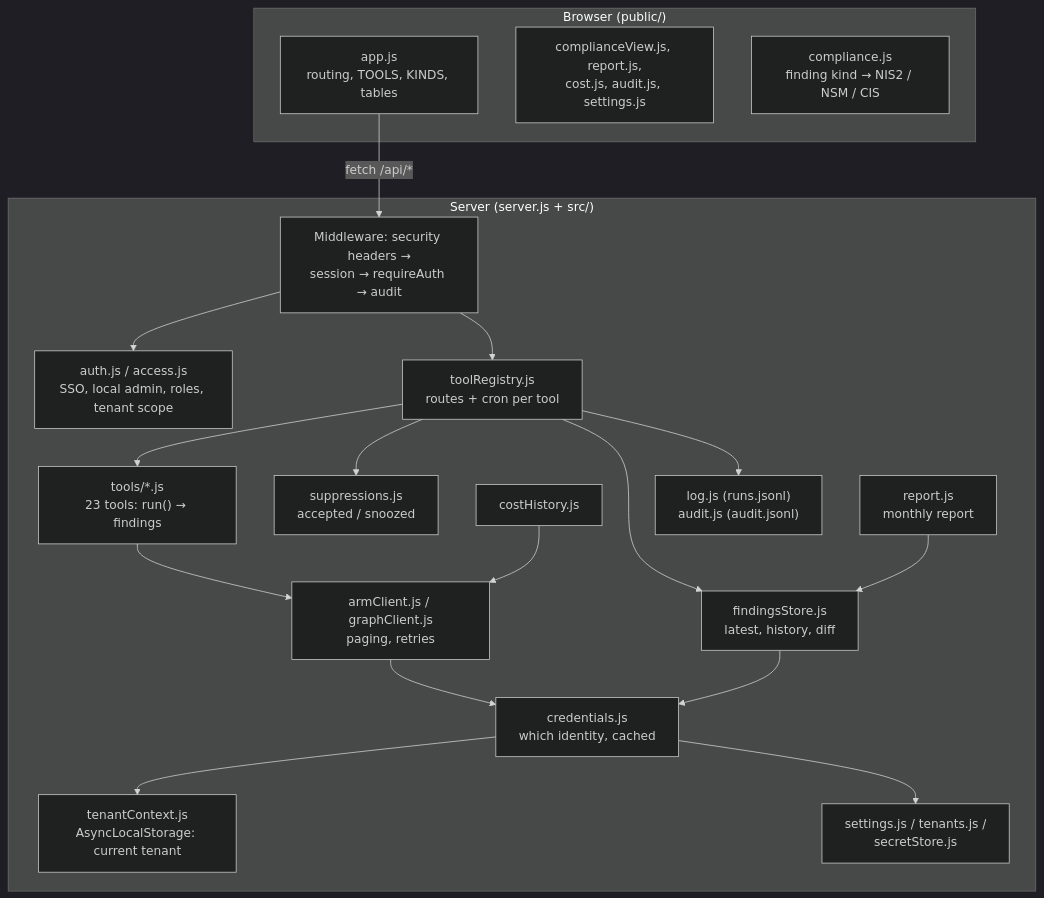
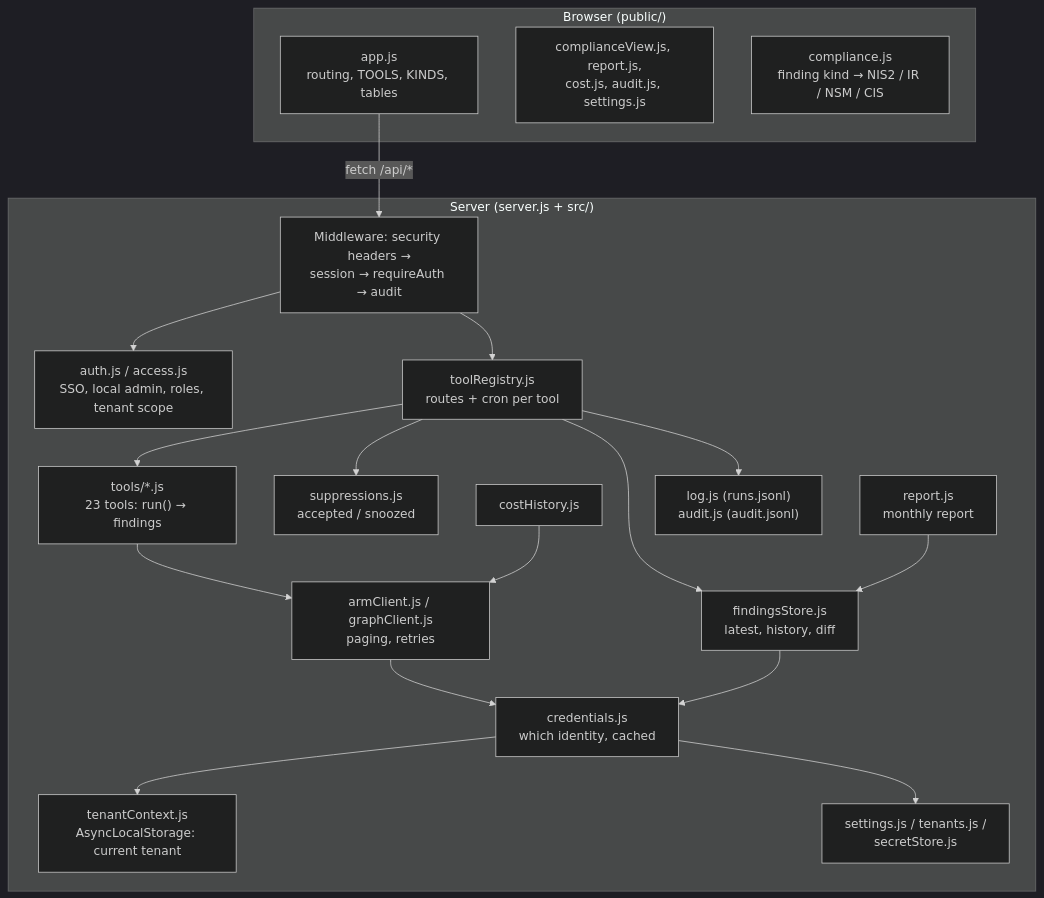
One commit to Gooseankles/cirrus-watch changed the ninth of 10 diagrams in docs/architecture.md. Above: the diagram before and after it, drawn with Mermaid (dark theme). The commit also changed other lines of this file and 15 other files, not shown here.

````diff
--- a/docs/architecture.md
+++ b/docs/architecture.md
@@ -332,37 +337,37 @@
 ```mermaid
 flowchart TB
   subgraph browser["Browser (public/)"]
     appjs["app.js<br/>routing, TOOLS, KINDS, tables"]
     views["complianceView.js, report.js,<br/>cost.js, audit.js, settings.js"]
-    comp["compliance.js<br/>finding kind → NIS2 / NSM / CIS"]
+    comp["compliance.js<br/>finding kind → NIS2 / IR / NSM / CIS"]
   end
   subgraph server["Server (server.js + src/)"]
     mw["Middleware: security headers →<br/>session → requireAuth → audit"]
     auth["auth.js / access.js<br/>SSO, local admin, roles, tenant scope"]
     reg["toolRegistry.js<br/>routes + cron per tool"]
     tools["tools/*.js<br/>23 tools: run() → findings"]
     clients["armClient.js / graphClient.js<br/>paging, retries"]
     cred["credentials.js<br/>which identity, cached"]
     ctx["tenantContext.js<br/>AsyncLocalStorage: current tenant"]
     store["findingsStore.js<br/>latest, history, diff"]
     supp["suppressions.js<br/>accepted / snoozed"]
     cost["costHistory.js"]
     rep["report.js<br/>monthly report"]
     cfg["settings.js / tenants.js /<br/>secretStore.js"]
     logs["log.js (runs.jsonl)<br/>audit.js (audit.jsonl)"]
   end
   appjs -- "fetch /api/*" --> mw
   mw --> auth
   mw --> reg
   reg --> tools
   tools --> clients
   clients --> cred
   cred --> ctx
   cred --> cfg
   reg --> store
   reg --> supp
   reg --> logs
   rep --> store
   cost --> clients
   store --> cred
 ```
````
